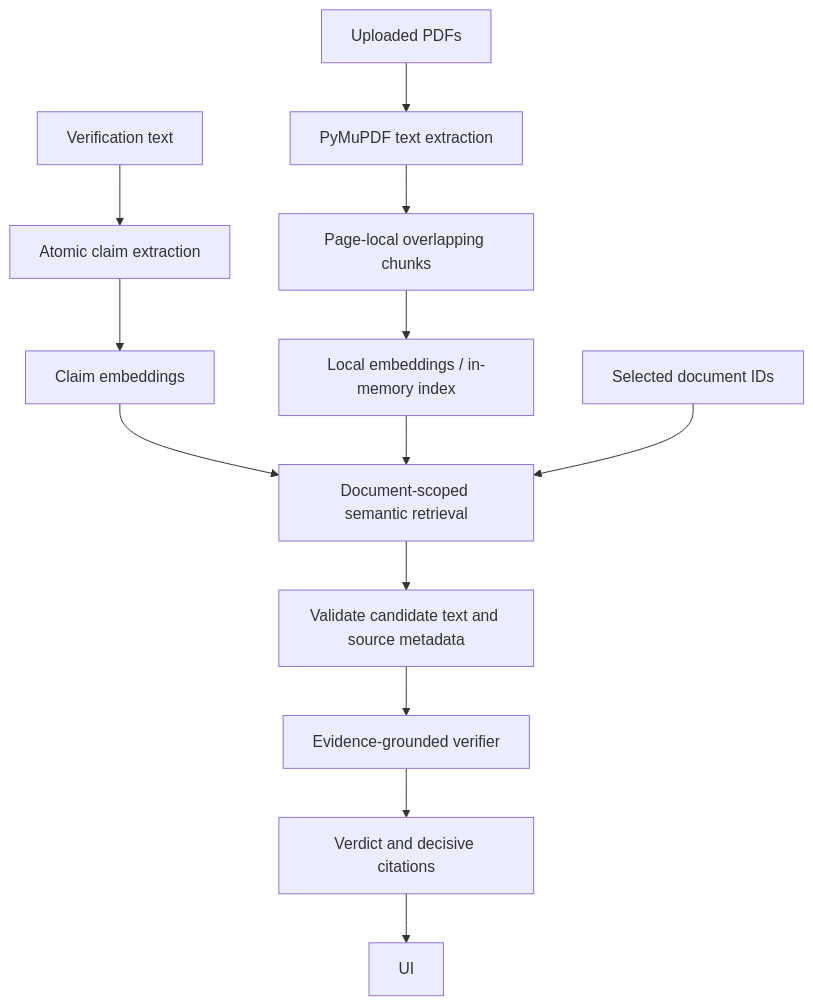
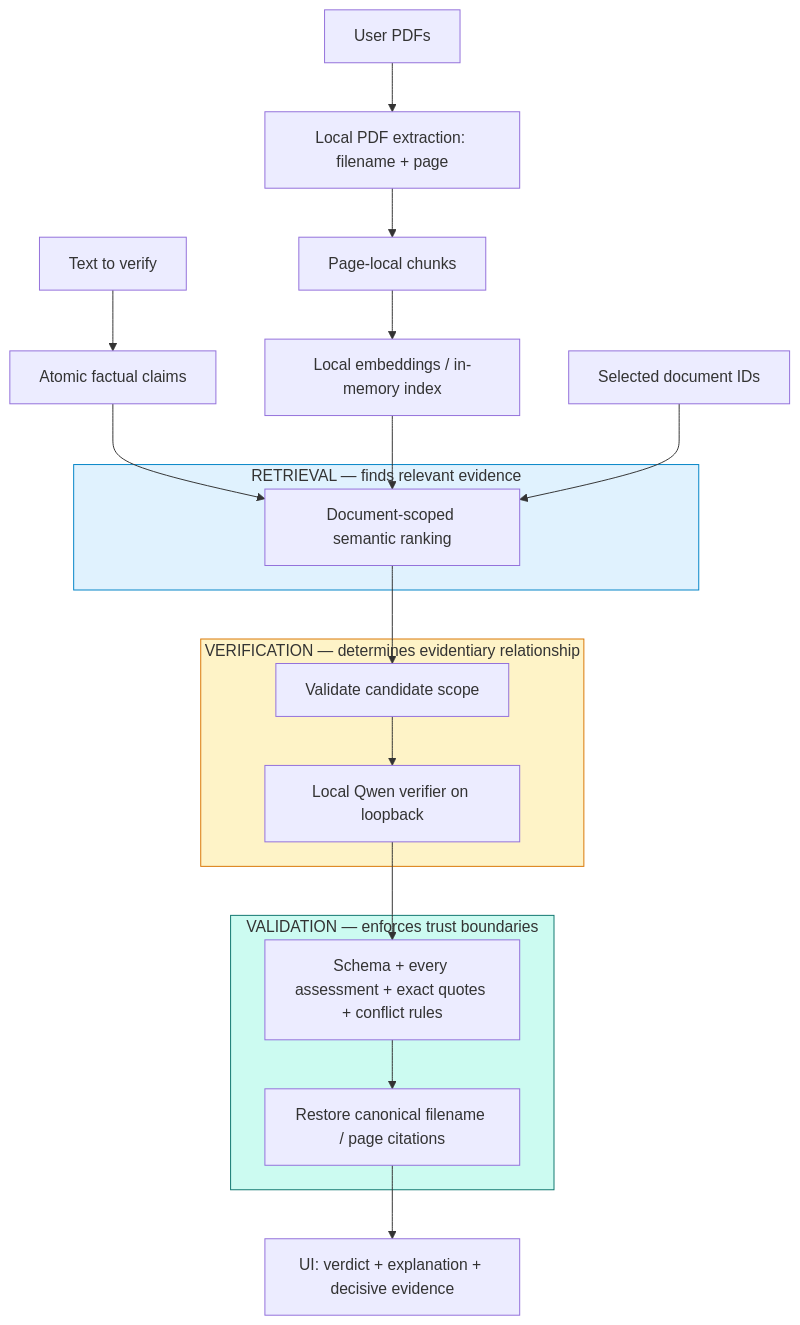
Before and after one commit to Hamza-Syed/EvidenceLens: the diagram in README.md, drawn with Mermaid. The commit also changed other lines of this file and 22 other files, not shown here.

Commit message:
Evaluate local verifier and add real-pipeline showcase demo

````diff
--- a/README.md
+++ b/README.md
@@ -9,15 +34,25 @@
 ```mermaid
 flowchart TD
-    A[Uploaded PDFs] --> B[PyMuPDF text extraction]
-    B --> C[Page-local overlapping chunks]
-    C --> D[Local embeddings / in-memory index]
-    E[Verification text] --> F[Atomic claim extraction]
-    F --> G[Claim embeddings]
-    G --> H[Document-scoped semantic retrieval]
-    D --> H
-    S[Selected document IDs] --> H
-    H --> I[Validate candidate text and source metadata]
-    I --> J[Evidence-grounded verifier]
-    J --> K[Verdict and decisive citations]
-    K --> L[UI]
+    PDF[User PDFs] --> Extract[Local PDF extraction: filename + page]
+    Extract --> Chunks[Page-local chunks]
+    Chunks --> Index[Local embeddings / in-memory index]
+    Text[Text to verify] --> Claims[Atomic factual claims]
+    Claims --> Retrieve
+    Index --> Retrieve
+    Selection[Selected document IDs] --> Retrieve
+    subgraph R["RETRIEVAL — finds relevant evidence"]
+      Retrieve[Document-scoped semantic ranking]
+    end
+    Retrieve --> Scope[Validate candidate scope]
+    subgraph V["VERIFICATION — determines evidentiary relationship"]
+      Scope --> Model[Local Qwen verifier on loopback]
+    end
+    subgraph B["VALIDATION — enforces trust boundaries"]
+      Model --> Checks[Schema + every assessment + exact quotes + conflict rules]
+      Checks --> Citations[Restore canonical filename / page citations]
+    end
+    Citations --> UI[UI: verdict + explanation + decisive evidence]
+    style R fill:#e0f2fe,stroke:#0284c7
+    style V fill:#fef3c7,stroke:#d97706
+    style B fill:#ccfbf1,stroke:#0f766e
 ```
````
